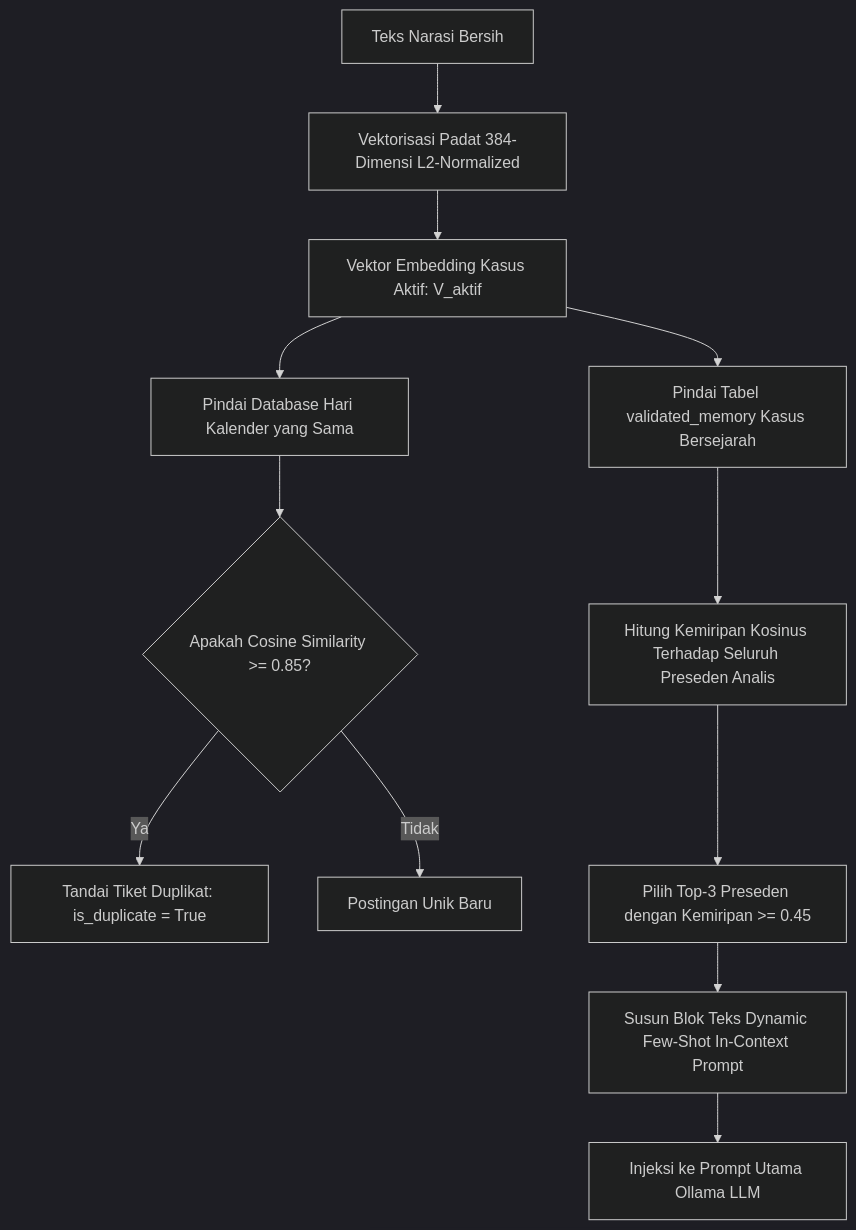
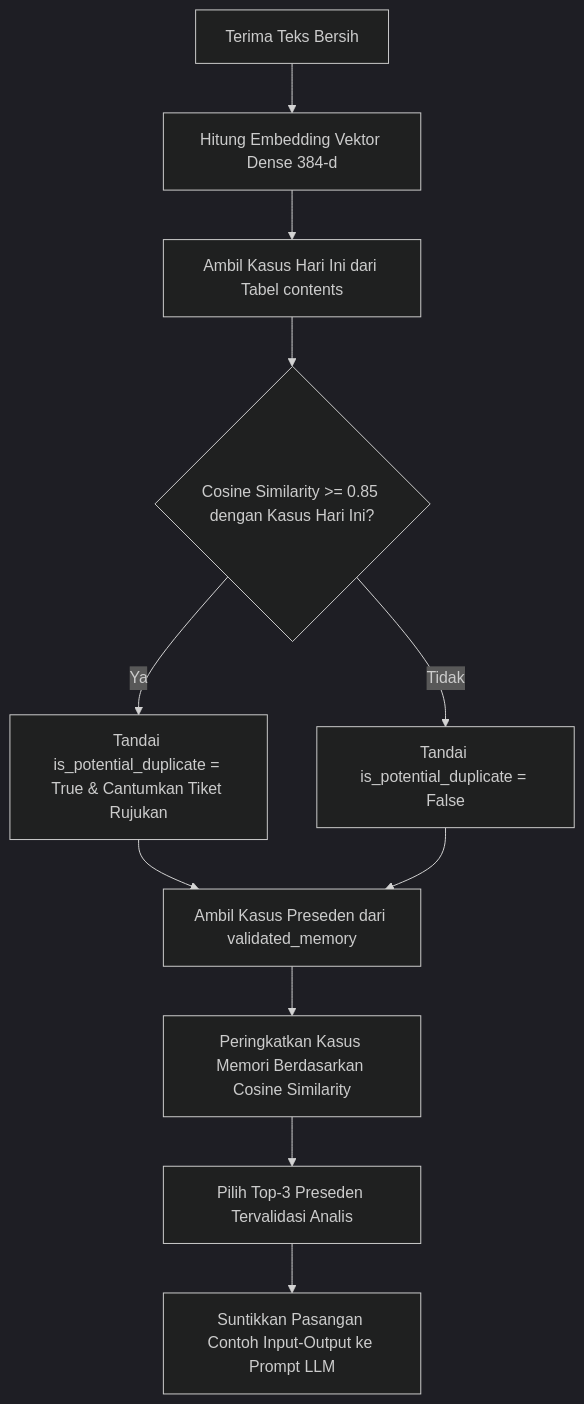
Before and after one commit to Hihanghohengg/cyber-patroli-assistant: the seventh of 13 diagrams in SYSTEM_PRD_AND_ARCHITECTURE.md, drawn with Mermaid (dark theme). The commit also changed other lines of this file, not shown here.

Commit message:
docs(prd-arch): update SYSTEM_PRD_AND_ARCHITECTURE.md to v5.2 reflecting unified cockpit, automated HITL, and anti-slop standard

````diff
--- a/SYSTEM_PRD_AND_ARCHITECTURE.md
+++ b/SYSTEM_PRD_AND_ARCHITECTURE.md
@@ -360,17 +297,14 @@
 ```mermaid
 flowchart TD
-    A[Teks Narasi Bersih] --> B[Vektorisasi Padat 384-Dimensi L2-Normalized]
-    B --> C[Vektor Embedding Kasus Aktif: V_aktif]
+    A[Terima Teks Bersih] --> B[Hitung Embedding Vektor Dense 384-d]
+    B --> C[Ambil Kasus Hari Ini dari Tabel contents]
+    C --> D{Cosine Similarity >= 0.85 dengan Kasus Hari Ini?}
+    D -- Ya --> E[Tandai is_potential_duplicate = True & Cantumkan Tiket Rujukan]
+    D -- Tidak --> F[Tandai is_potential_duplicate = False]
     
-    C --> D[Pindai Database Hari Kalender yang Sama]
-    D --> E{Apakah Cosine Similarity >= 0.85?}
-    E -- Ya --> F[Tandai Tiket Duplikat: is_duplicate = True]
-    E -- Tidak --> G[Postingan Unik Baru]
-    
-    C --> H[Pindai Tabel validated_memory Kasus Bersejarah]
-    H --> I[Hitung Kemiripan Kosinus Terhadap Seluruh Preseden Analis]
-    I --> J[Pilih Top-3 Preseden dengan Kemiripan >= 0.45]
-    
-    J --> K[Susun Blok Teks Dynamic Few-Shot In-Context Prompt]
-    K --> L[Injeksi ke Prompt Utama Ollama LLM]
+    E --> G[Ambil Kasus Preseden dari validated_memory]
+    F --> G
+    G --> H[Peringkatkan Kasus Memori Berdasarkan Cosine Similarity]
+    H --> I[Pilih Top-3 Preseden Tervalidasi Analis]
+    I --> J[Suntikkan Pasangan Contoh Input-Output ke Prompt LLM]
 ```
````
